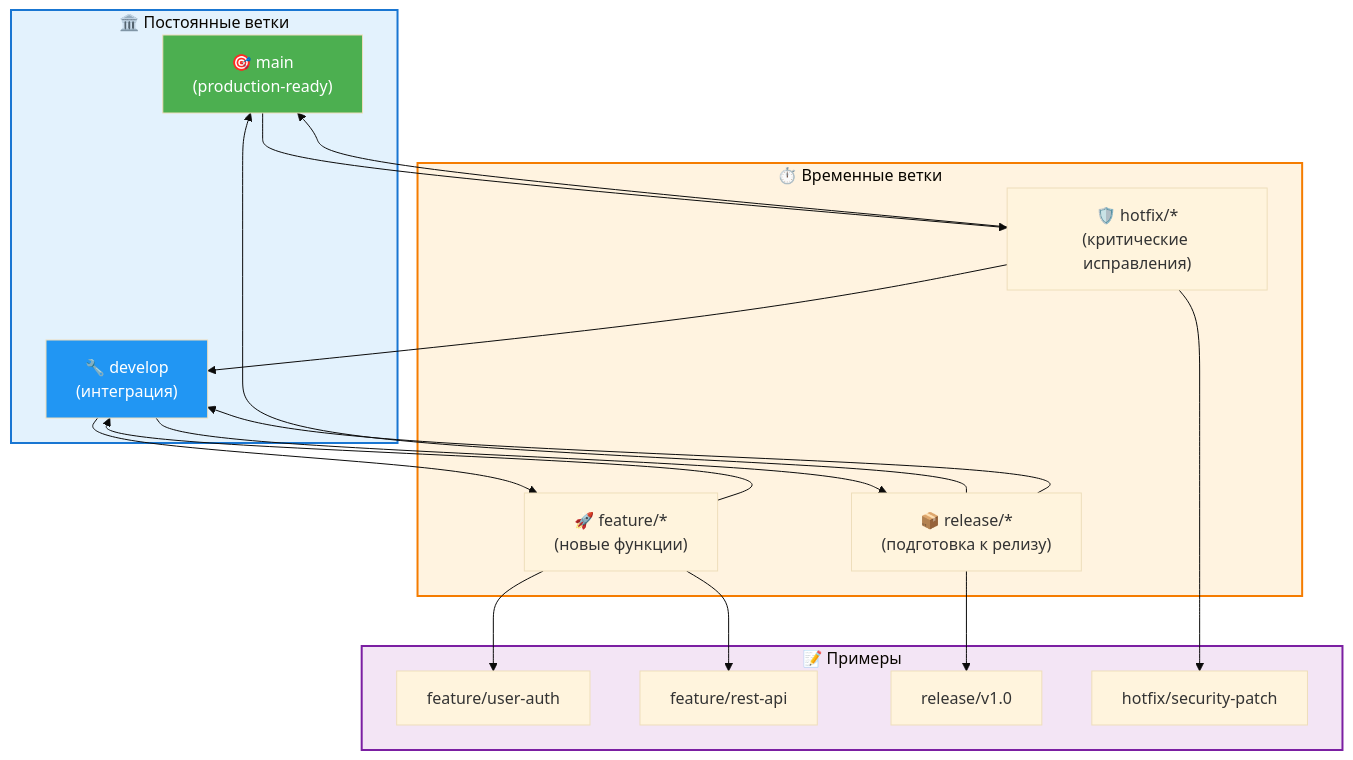
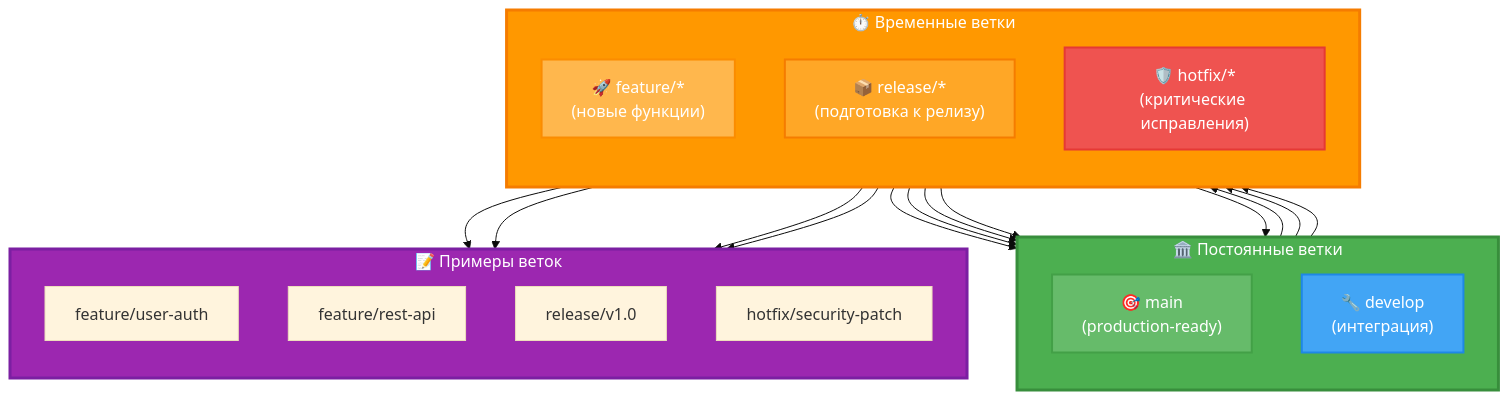
One commit to Alex-0293/TopWebStack changed the fourth of 4 diagrams in docs/chapter-04-git.md. Above: the diagram before and after it, drawn with Mermaid (base theme). The commit also changed other lines of this file, not shown here.

First line of the commit message:
style(git): привести стиль диаграмм главы 4 в соответствие с главой 3

````diff
--- a/docs/chapter-04-git.md
+++ b/docs/chapter-04-git.md
@@ -510,41 +521,46 @@
 ```mermaid
-flowchart TD
+graph TD
     subgraph permanent["🏛️ Постоянные ветки"]
+        direction TB
         main["🎯 main<br/>(production-ready)"]
         develop["🔧 develop<br/>(интеграция)"]
     end
     
     subgraph temporary["⏱️ Временные ветки"]
+        direction TB
         feature["🚀 feature/*<br/>(новые функции)"]
         release["📦 release/*<br/>(подготовка к релизу)"]
         hotfix["🛡️ hotfix/*<br/>(критические исправления)"]
     end
     
-    subgraph examples["📝 Примеры"]
+    subgraph examples["📝 Примеры веток"]
+        direction TB
         feat_auth["feature/user-auth"]
         feat_api["feature/rest-api"]
         rel_v1["release/v1.0"]
         hot_sec["hotfix/security-patch"]
     end
     
     develop --> feature
     feature --> develop
     develop --> release
     release --> main
     release --> develop
     main --> hotfix
     hotfix --> main
     hotfix --> develop
     
     feature --> feat_auth
     feature --> feat_api
     release --> rel_v1
     hotfix --> hot_sec
     
-    style permanent fill:#e3f2fd,stroke:#1976d2,stroke-width:2px
-    style temporary fill:#fff3e0,stroke:#f57c00,stroke-width:2px
-    style examples fill:#f3e5f5,stroke:#7b1fa2,stroke-width:2px
-    
-    style main fill:#4caf50,color:#fff
-    style develop fill:#2196f3,color:#fff
+    style permanent fill:#4CAF50,stroke:#388E3C,stroke-width:3px,color:#fff
+    style temporary fill:#FF9800,stroke:#F57C00,stroke-width:3px,color:#fff
+    style examples fill:#9C27B0,stroke:#7B1FA2,stroke-width:3px,color:#fff
+    style main fill:#66BB6A,stroke:#43A047,stroke-width:2px,color:#fff
+    style develop fill:#42A5F5,stroke:#1E88E5,stroke-width:2px,color:#fff
+    style feature fill:#FFB74D,stroke:#FB8C00,stroke-width:2px,color:#fff
+    style release fill:#FFA726,stroke:#F57C00,stroke-width:2px,color:#fff
+    style hotfix fill:#EF5350,stroke:#E53935,stroke-width:2px,color:#fff
 ```
````
